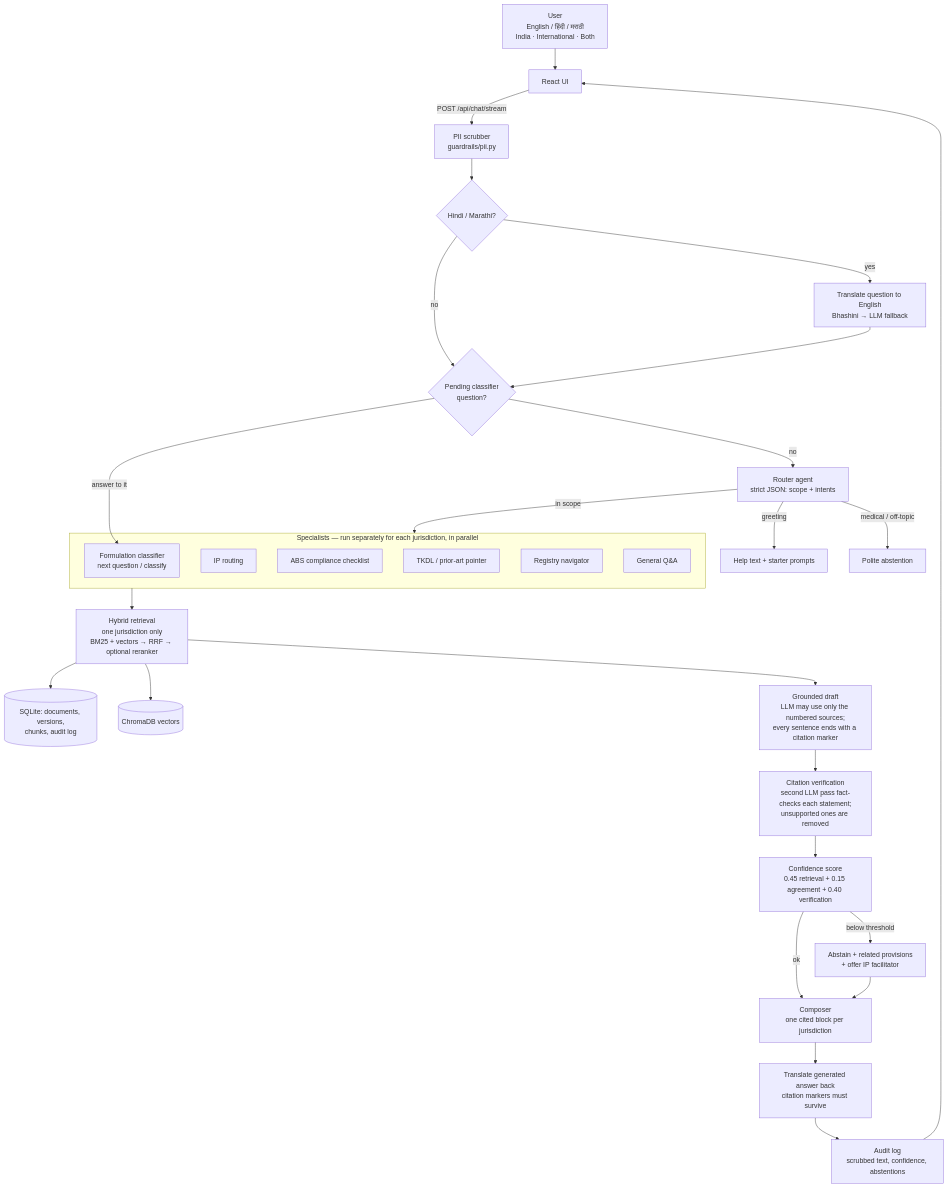
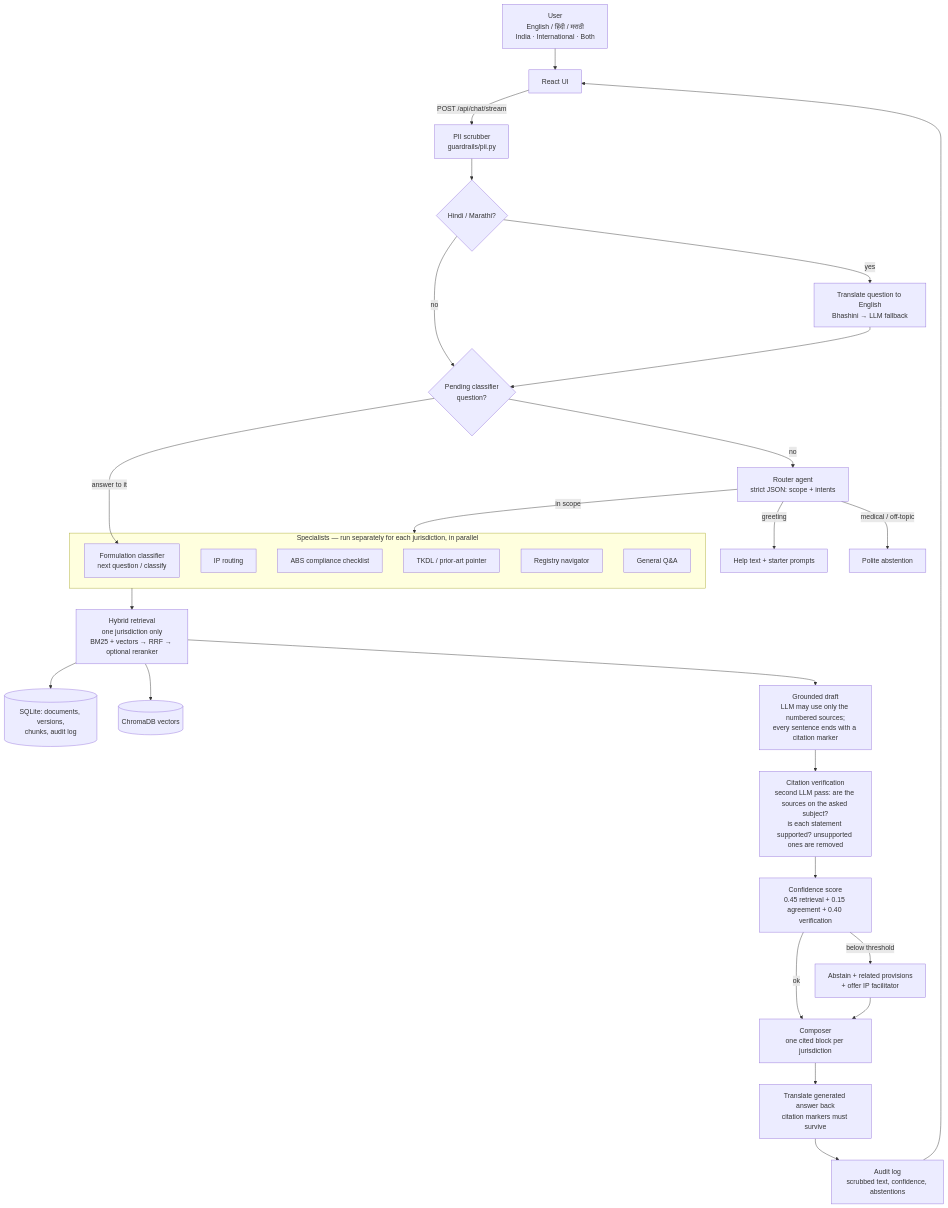
Before and after one commit to Kartikyamsanwar/AyuPramana: the diagram in docs/ARCHITECTURE.md, drawn with Mermaid. The commit also changed other lines of this file and 14 other files, not shown here.

````diff
--- a/docs/ARCHITECTURE.md
+++ b/docs/ARCHITECTURE.md
@@ -10,36 +10,36 @@
 ```mermaid
 flowchart TD
     U[User<br/>English / हिंदी / मराठी<br/>India · International · Both] --> UI[React UI]
     UI -->|POST /api/chat/stream| PII[PII scrubber<br/>guardrails/pii.py]
     PII --> TR1{Hindi / Marathi?}
     TR1 -->|yes| T1[Translate question to English<br/>Bhashini → LLM fallback]
     TR1 -->|no| FLOW
     T1 --> FLOW{Pending classifier<br/>question?}
     FLOW -->|answer to it| FC[Formulation classifier<br/>next question / classify]
     FLOW -->|no| R[Router agent<br/>strict JSON: scope + intents]
     R -->|greeting| G[Help text + starter prompts]
     R -->|medical / off-topic| AB[Polite abstention]
     R -->|in scope| SP
 
     subgraph SP [Specialists — run separately for each jurisdiction, in parallel]
         IP[IP routing]
         ABS[ABS compliance checklist]
         TK[TKDL / prior-art pointer]
         REG[Registry navigator]
         GEN[General Q&A]
         FC
     end
 
     SP --> RET[Hybrid retrieval<br/>one jurisdiction only<br/>BM25 + vectors → RRF → optional reranker]
     RET --> DB[(SQLite: documents, versions,<br/>chunks, audit log)]
     RET --> VS[(ChromaDB vectors)]
     RET --> GEN2[Grounded draft<br/>LLM may use only the numbered sources;<br/>every sentence ends with a citation marker]
-    GEN2 --> VER[Citation verification<br/>second LLM pass fact-checks each statement;<br/>unsupported ones are removed]
+    GEN2 --> VER[Citation verification<br/>second LLM pass: are the sources on the asked subject?<br/>is each statement supported? unsupported ones are removed]
     VER --> CONF[Confidence score<br/>0.45 retrieval + 0.15 agreement + 0.40 verification]
     CONF -->|below threshold| ABST[Abstain + related provisions<br/>+ offer IP facilitator]
     CONF -->|ok| COMP[Composer<br/>one cited block per jurisdiction]
     ABST --> COMP
     COMP --> TR2[Translate generated answer back<br/>citation markers must survive]
     TR2 --> LOG[Audit log<br/>scrubbed text, confidence, abstentions]
     LOG --> UI
 ```
````
